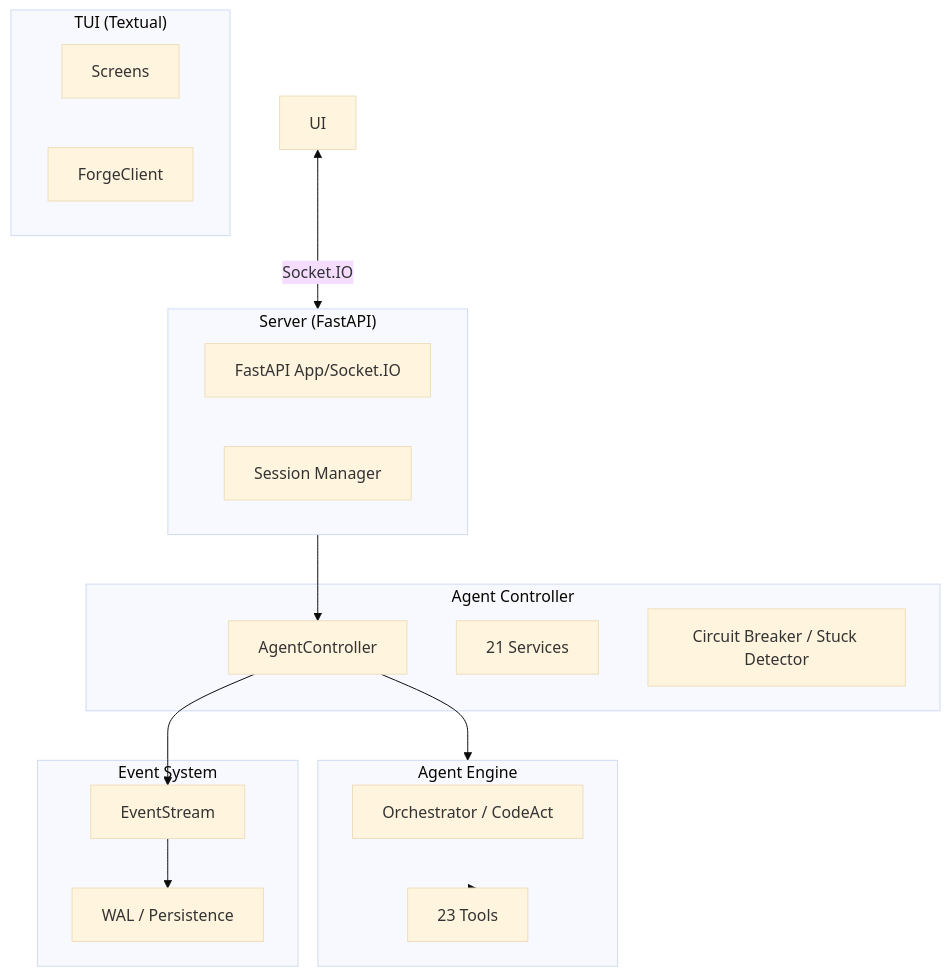
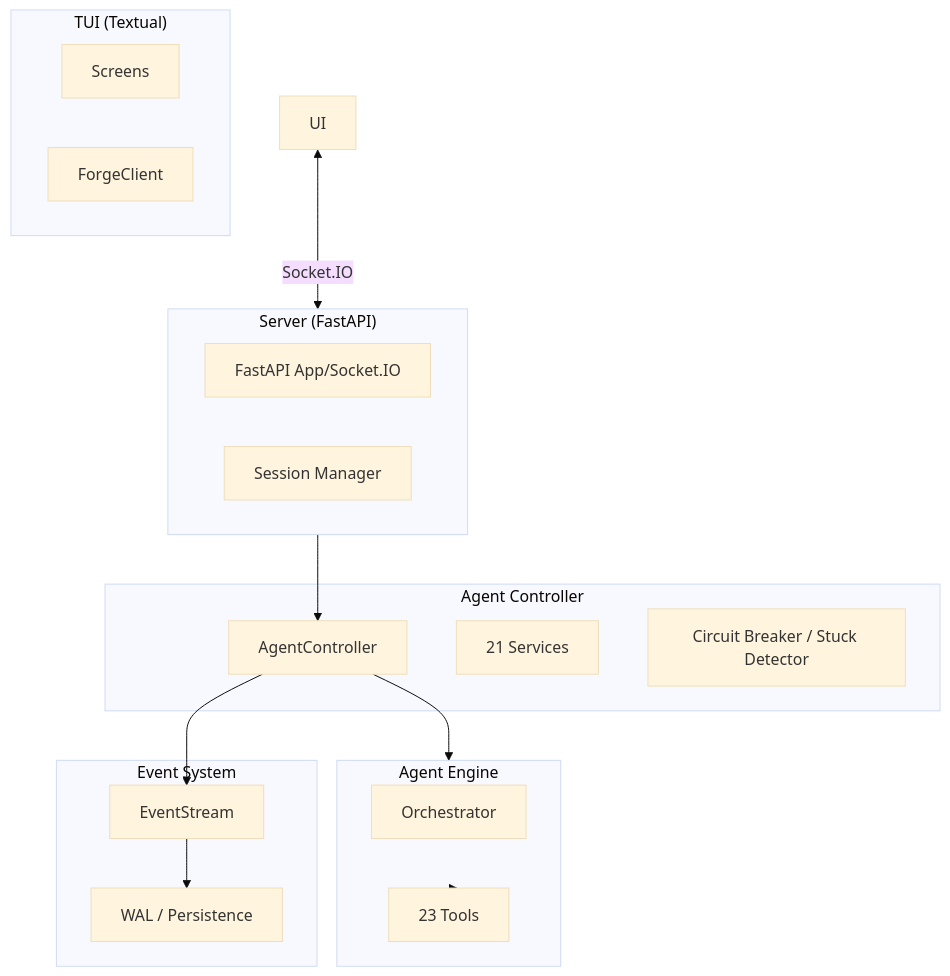
One commit to josephsenior/Grinta-Agent changed the diagram in README.md. Above: the diagram before and after it, drawn with Mermaid (base theme). The commit also changed 191 other files, not shown here.

````diff
--- a/README.md
+++ b/README.md
@@ -27,35 +27,35 @@
 ```mermaid
 graph TB
     subgraph TUI["TUI (Textual)"]
         Screens[Screens]
         Client[ForgeClient]
     end
 
     subgraph Server["Server (FastAPI)"]
         APP[FastAPI App/Socket.IO]
         SM[Session Manager]
     end
 
     subgraph Controller["Agent Controller"]
         AC[AgentController]
         Services[21 Services]
         Safety[Circuit Breaker / Stuck Detector]
     end
 
     subgraph Engine["Agent Engine"]
-        ORCH[Orchestrator / CodeAct]
+        ORCH[Orchestrator]
         Tools[23 Tools]
     end
 
     subgraph Events["Event System"]
         ES[EventStream]
         WAL[WAL / Persistence]
     end
 
     UI <-->|Socket.IO| Server
     Server --> AC
     AC --> Engine
     Engine --> Tools
     AC --> ES
     ES --> WAL
 ```
````
